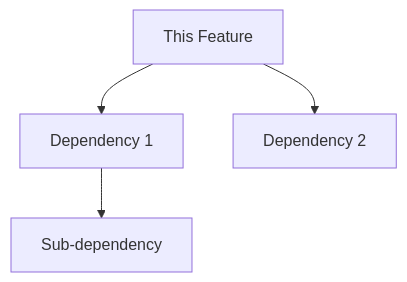
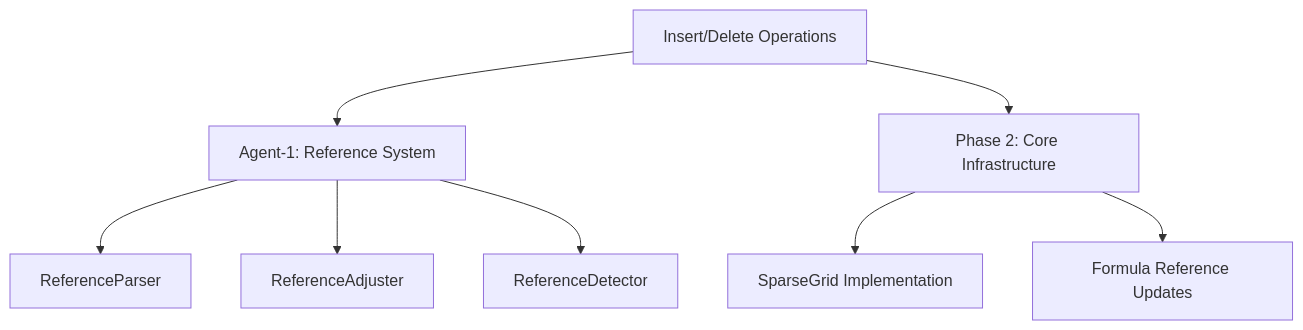
Before and after one commit to vimeh/gridcore: the diagram in BLOCKERS.md, drawn with Mermaid. The commit also changed other lines of this file and 8 other files, not shown here.

````diff
--- a/BLOCKERS.md
+++ b/BLOCKERS.md
@@ -48,6 +24,10 @@
 ```mermaid
 graph TD
-    A[This Feature] --> B[Dependency 1]
-    A --> C[Dependency 2]
-    B --> D[Sub-dependency]
+    A[Insert/Delete Operations] --> B[Agent-1: Reference System]
+    B --> C[ReferenceParser]
+    B --> D[ReferenceAdjuster] 
+    B --> E[ReferenceDetector]
+    A --> F[Phase 2: Core Infrastructure]
+    F --> G[SparseGrid Implementation]
+    F --> H[Formula Reference Updates]
 ```
````
